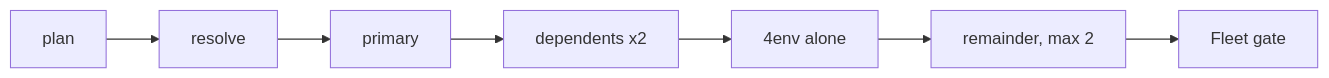
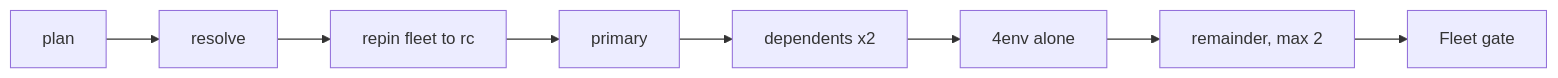
One commit to stablekernel/cascade changed the diagram in docs/src/content/docs/release-orchestration.md. Above: the diagram before and after it, drawn with Mermaid. The commit also changed other lines of this file and 3 other files, not shown here.

First line of the commit message:
fix(fleet): repin example repos to the rc before fan-out (#488)

````diff
--- a/docs/src/content/docs/release-orchestration.md
+++ b/docs/src/content/docs/release-orchestration.md
@@ -33,9 +33,10 @@
 ```mermaid
 flowchart LR
   plan[plan] --> resolve[resolve]
-  resolve --> primary[primary]
+  resolve --> repin[repin fleet to rc]
+  repin --> primary[primary]
   primary --> dependents[dependents x2]
   dependents --> heavy[4env alone]
   heavy --> remainder[remainder, max 2]
   remainder --> aggregate[Fleet gate]
 ```
````
